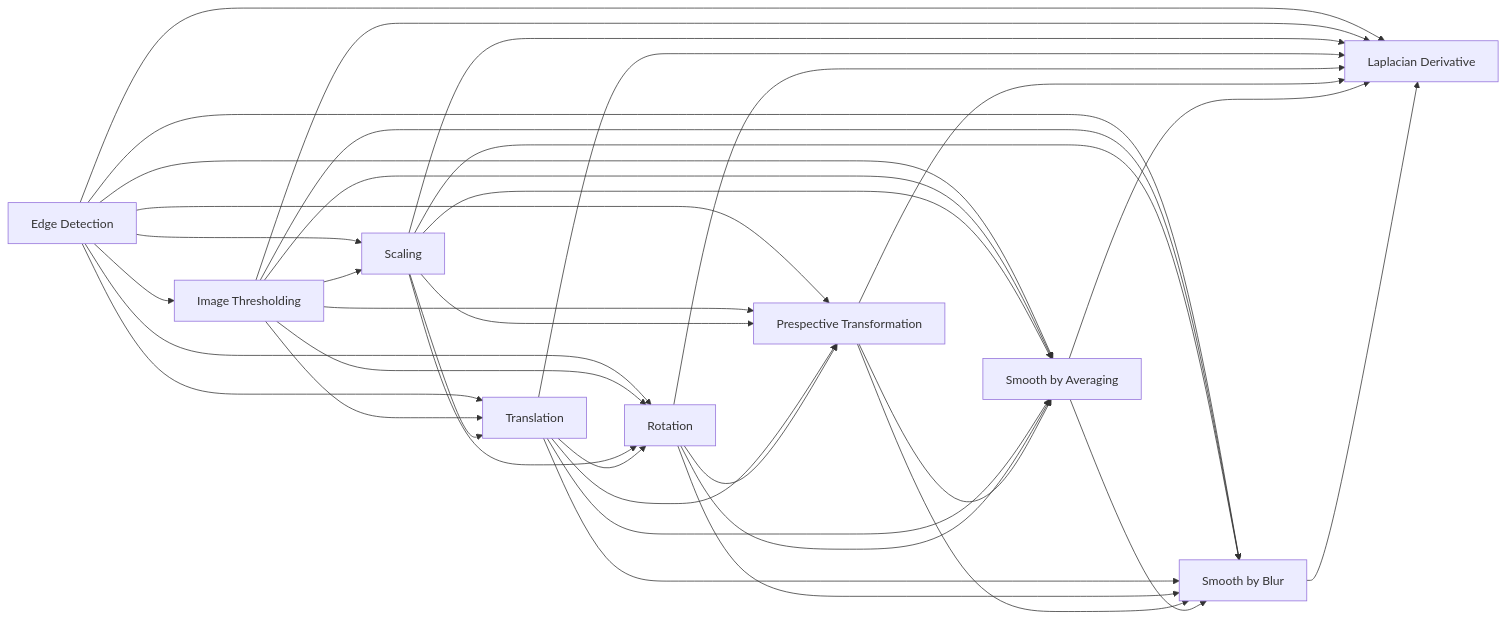
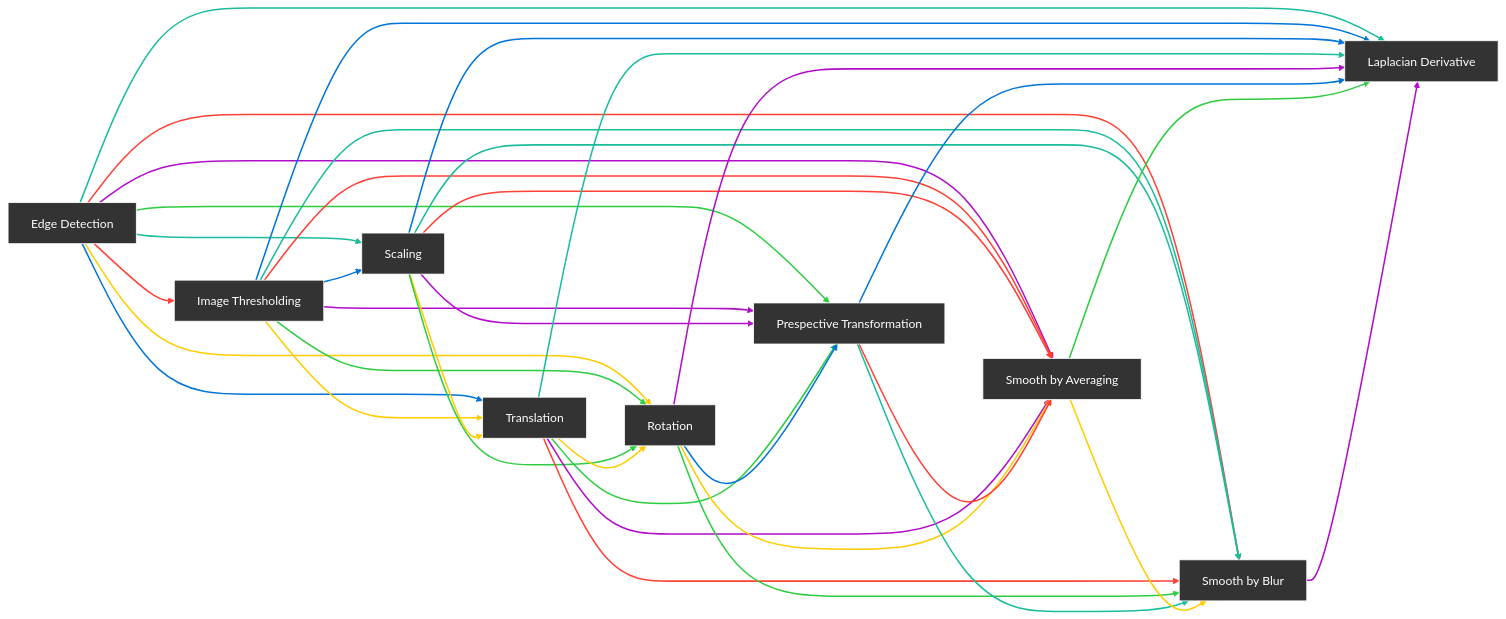
One commit to HarryVasanth/distributed-image-processing changed the first of 3 diagrams in README.md. Above: the diagram before and after it, drawn with Mermaid.

Commit message:
chore(flowchart): colorize

````diff
--- a/README.md
+++ b/README.md
@@ -64,4 +64,51 @@
 smoothBy_Averaging[Smooth by Averaging] --> smoothBy_Blur[Smooth by Blur]
 smoothBy_Averaging[Smooth by Averaging] --> laplacianDerivative[Laplacian Derivative]
 smoothBy_Blur[Smooth by Blur] --> laplacianDerivative[Laplacian Derivative]
+
+classDef lightMode fill:#FFFFFF, stroke:#333333, color:#333333;
+classDef darkMode fill:#333333, stroke:#FFFFFF, color:#FFFFFF;
+
+classDef lightModeLinks stroke:#333333;
+classDef darkModeLinks stroke:#FFFFFF;
+    
+class edgeDetection,imageThresholding,scaling,translation,rotation,prespectiveTransformation,smoothBy_Averaging,smoothBy_Blur,laplacianDerivative lightMode;
+class edgeDetection,imageThresholding,scaling,translation,rotation,prespectiveTransformation,smoothBy_Averaging,smoothBy_Blur,laplacianDerivative darkMode;
+
+linkStyle 0 stroke:#FF4136, stroke-width:2px;
+linkStyle 1 stroke:#1ABC9C, stroke-width:2px;
+linkStyle 2 stroke:#0074D9, stroke-width:2px;
+linkStyle 3 stroke:#FFCC00, stroke-width:2px;
+linkStyle 4 stroke:#2ECC40, stroke-width:2px;
+linkStyle 5 stroke:#B10DC9, stroke-width:2px;
+linkStyle 6 stroke:#FF4136, stroke-width:2px;
+linkStyle 7 stroke:#1ABC9C, stroke-width:2px;
+linkStyle 8 stroke:#0074D9, stroke-width:2px;
+linkStyle 9 stroke:#FFCC00, stroke-width:2px;
+linkStyle 10 stroke:#2ECC40, stroke-width:2px;
+linkStyle 11 stroke:#B10DC9, stroke-width:2px;
+linkStyle 12 stroke:#FF4136, stroke-width:2px;
+linkStyle 13 stroke:#1ABC9C, stroke-width:2px;
+linkStyle 14 stroke:#0074D9, stroke-width:2px;
+linkStyle 15 stroke:#FFCC00, stroke-width:2px;
+linkStyle 16 stroke:#2ECC40, stroke-width:2px;
+linkStyle 17 stroke:#B10DC9, stroke-width:2px;
+linkStyle 18 stroke:#FF4136, stroke-width:2px;
+linkStyle 19 stroke:#1ABC9C, stroke-width:2px;
+linkStyle 20 stroke:#0074D9, stroke-width:2px;
+linkStyle 21 stroke:#FFCC00, stroke-width:2px;
+linkStyle 22 stroke:#2ECC40, stroke-width:2px;
+linkStyle 23 stroke:#B10DC9, stroke-width:2px;
+linkStyle 24 stroke:#FF4136, stroke-width:2px;
+linkStyle 25 stroke:#1ABC9C, stroke-width:2px;
+linkStyle 26 stroke:#0074D9, stroke-width:2px;
+linkStyle 27 stroke:#FFCC00, stroke-width:2px;
+linkStyle 28 stroke:#2ECC40, stroke-width:2px;
+linkStyle 29 stroke:#B10DC9, stroke-width:2px;
+linkStyle 30 stroke:#FF4136, stroke-width:2px;
+linkStyle 31 stroke:#1ABC9C, stroke-width:2px;
+linkStyle 32 stroke:#0074D9, stroke-width:2px;
+linkStyle 33 stroke:#FFCC00, stroke-width:2px;
+linkStyle 34 stroke:#2ECC40, stroke-width:2px;
+linkStyle 35 stroke:#B10DC9, stroke-width:2px;
+
 ```
````
